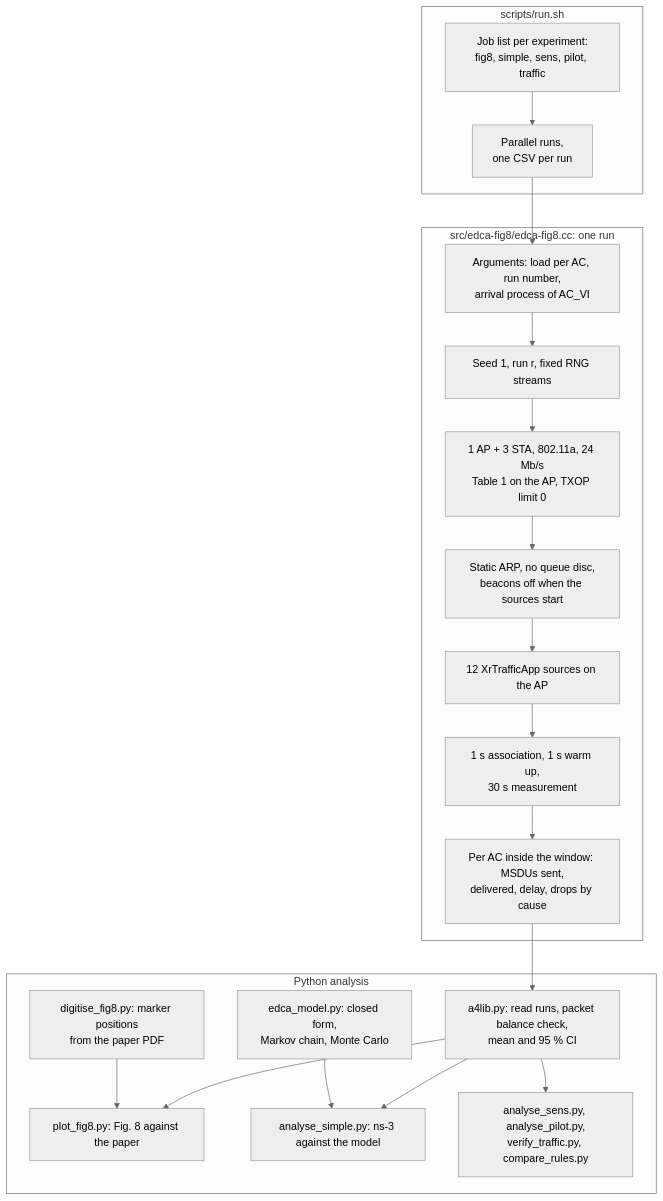
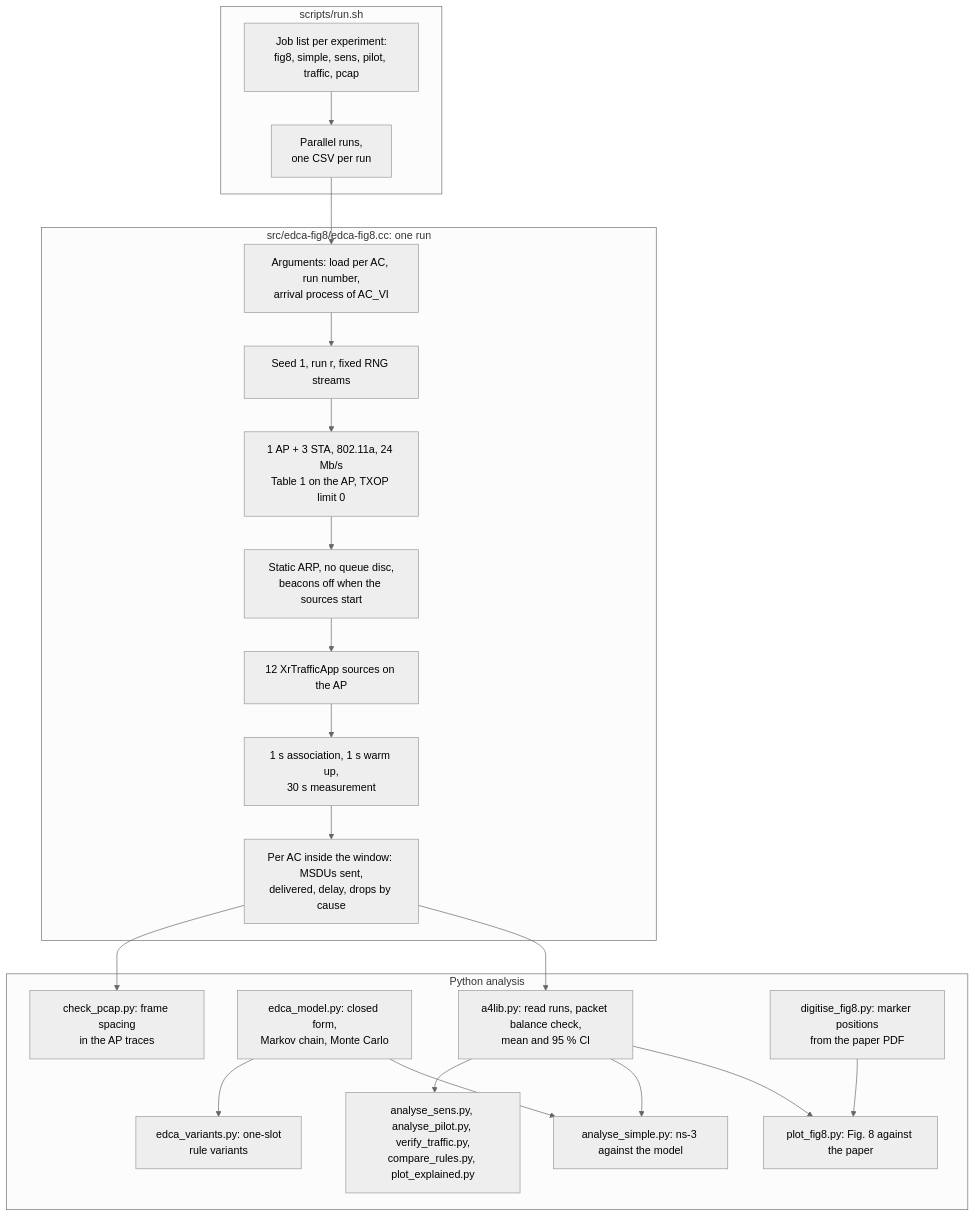
The diagram in A4-baseline/study-note.md (sascha271828/MWN-2026-F11502002-Sascha), drawn with Mermaid (neutral theme) before and after one commit. The commit also changed other lines of this file and 13 other files, not shown here.

````diff
--- a/A4-baseline/study-note.md
+++ b/A4-baseline/study-note.md
@@ -46,24 +60,27 @@
 ```mermaid
 flowchart TD
   subgraph RUN["scripts/run.sh"]
-    R1["Job list per experiment:<br/>fig8, simple, sens, pilot, traffic"] --> R2["Parallel runs,<br/>one CSV per run"]
+    R1["Job list per experiment:<br/>fig8, simple, sens, pilot, traffic, pcap"] --> R2["Parallel runs,<br/>one CSV per run"]
   end
   subgraph SIM["src/edca-fig8/edca-fig8.cc: one run"]
     S1["Arguments: load per AC, run number,<br/>arrival process of AC_VI"] --> S2["Seed 1, run r, fixed RNG streams"]
     S2 --> S3["1 AP + 3 STA, 802.11a, 24 Mb/s<br/>Table 1 on the AP, TXOP limit 0"]
     S3 --> S4["Static ARP, no queue disc,<br/>beacons off when the sources start"]
     S4 --> S5["12 XrTrafficApp sources on the AP"]
     S5 --> S6["1 s association, 1 s warm up,<br/>30 s measurement"]
     S6 --> S7["Per AC inside the window: MSDUs sent,<br/>delivered, delay, drops by cause"]
   end
   subgraph ANA["Python analysis"]
     A1["a4lib.py: read runs, packet balance check,<br/>mean and 95 % CI"]
     A1 --> A2["plot_fig8.py: Fig. 8 against the paper"]
     A1 --> A3["analyse_simple.py: ns-3 against the model"]
-    A1 --> A4["analyse_sens.py, analyse_pilot.py,<br/>verify_traffic.py, compare_rules.py"]
+    A1 --> A4["analyse_sens.py, analyse_pilot.py, verify_traffic.py,<br/>compare_rules.py, plot_explained.py"]
     M1["edca_model.py: closed form,<br/>Markov chain, Monte Carlo"] --> A3
+    M1 --> M2["edca_variants.py: one-slot<br/>rule variants"]
+    P1["check_pcap.py: frame spacing<br/>in the AP traces"]
     D1["digitise_fig8.py: marker positions<br/>from the paper PDF"] --> A2
   end
   R2 --> S1
   S7 --> A1
+  S7 --> P1
 ```
````
